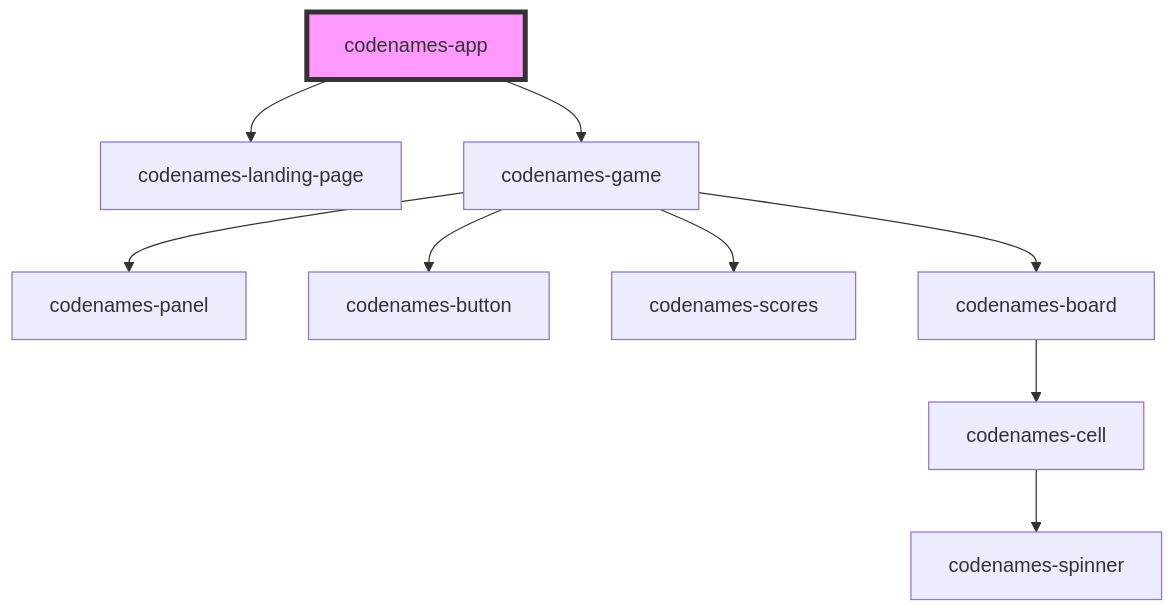
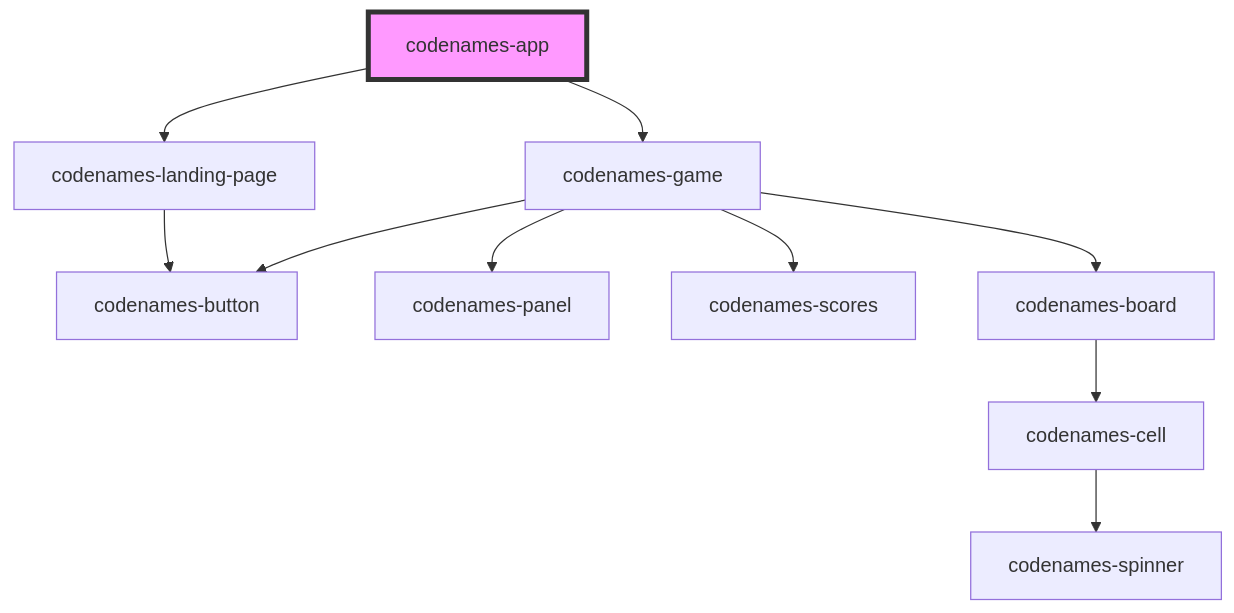
The diagram in packages/frontend/src/components/codenames-app/readme.md (nelspd915/codenames), drawn with Mermaid before and after one commit. The commit also changed 6 other files, not shown here.

Commit message:
feat: add custom UI styling to the landing page

````diff
--- a/packages/frontend/src/components/codenames-app/readme.md
+++ b/packages/frontend/src/components/codenames-app/readme.md
@@ -14,12 +14,13 @@
 ```mermaid
 graph TD;
   codenames-app --> codenames-landing-page
   codenames-app --> codenames-game
+  codenames-landing-page --> codenames-button
   codenames-game --> codenames-panel
   codenames-game --> codenames-button
   codenames-game --> codenames-scores
   codenames-game --> codenames-board
   codenames-board --> codenames-cell
   codenames-cell --> codenames-spinner
   style codenames-app fill:#f9f,stroke:#333,stroke-width:4px
 ```
````
